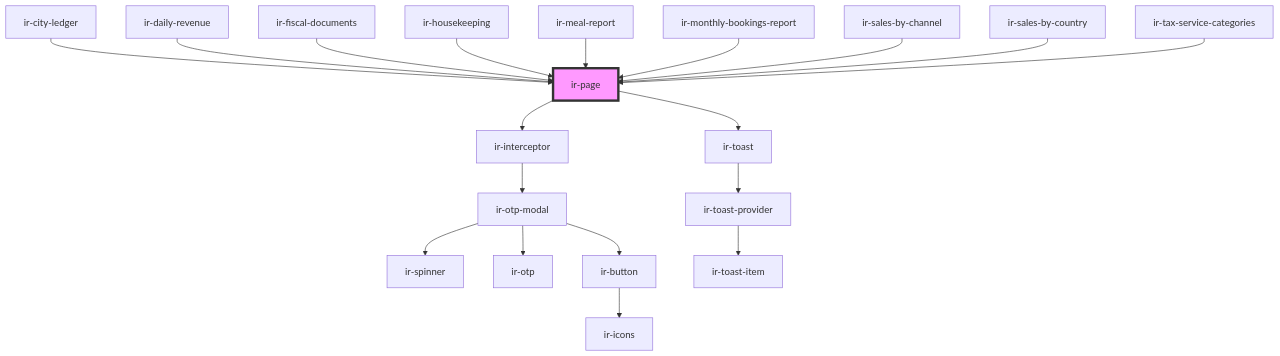
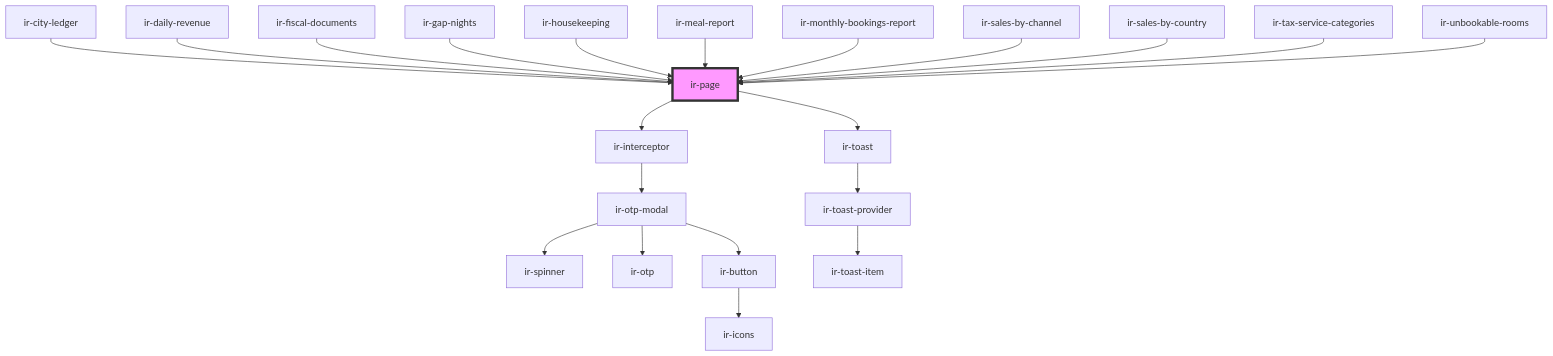
Before and after one commit to RonyRizk/ir-webcmp: the diagram in src/components/ui/ir-page/readme.md, drawn with Mermaid. The commit also changed other lines of this file and 73 other files, not shown here.

````diff
--- a/src/components/ui/ir-page/readme.md
+++ b/src/components/ui/ir-page/readme.md
@@ -43,22 +45,24 @@
 ```mermaid
 graph TD;
   ir-page --> ir-interceptor
   ir-page --> ir-toast
   ir-interceptor --> ir-otp-modal
   ir-otp-modal --> ir-spinner
   ir-otp-modal --> ir-otp
   ir-otp-modal --> ir-button
   ir-button --> ir-icons
   ir-toast --> ir-toast-provider
   ir-toast-provider --> ir-toast-item
   ir-city-ledger --> ir-page
   ir-daily-revenue --> ir-page
   ir-fiscal-documents --> ir-page
+  ir-gap-nights --> ir-page
   ir-housekeeping --> ir-page
   ir-meal-report --> ir-page
   ir-monthly-bookings-report --> ir-page
   ir-sales-by-channel --> ir-page
   ir-sales-by-country --> ir-page
   ir-tax-service-categories --> ir-page
+  ir-unbookable-rooms --> ir-page
   style ir-page fill:#f9f,stroke:#333,stroke-width:4px
 ```
````
